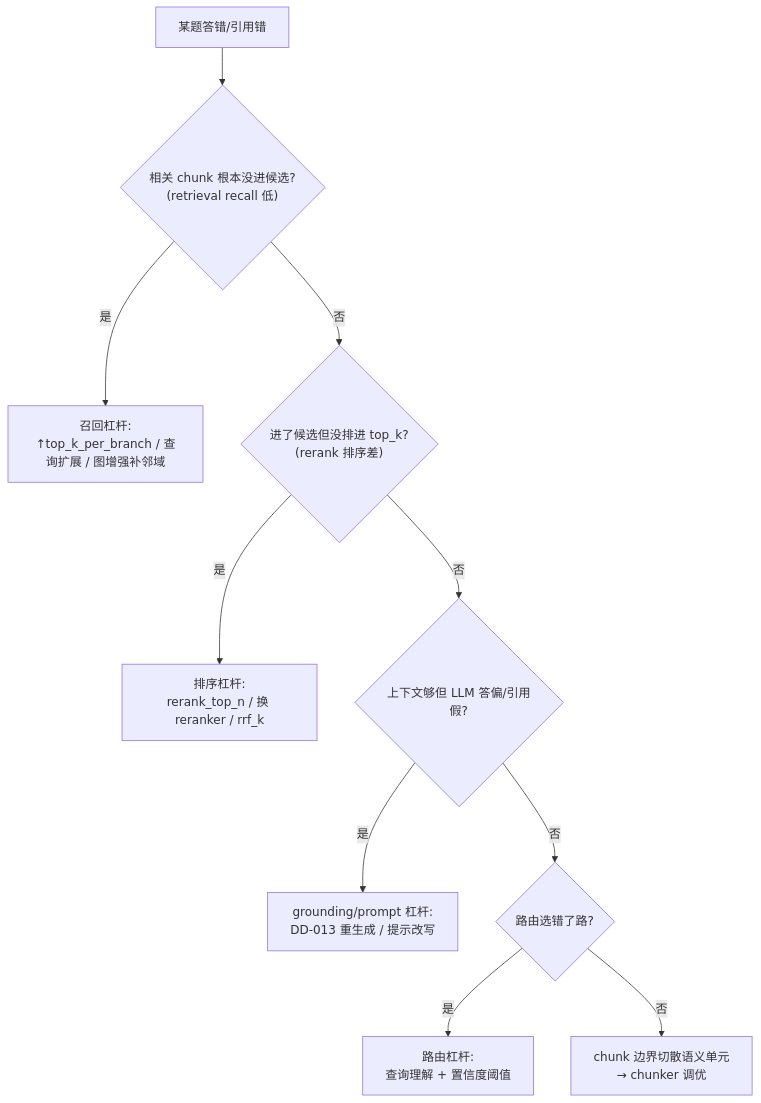
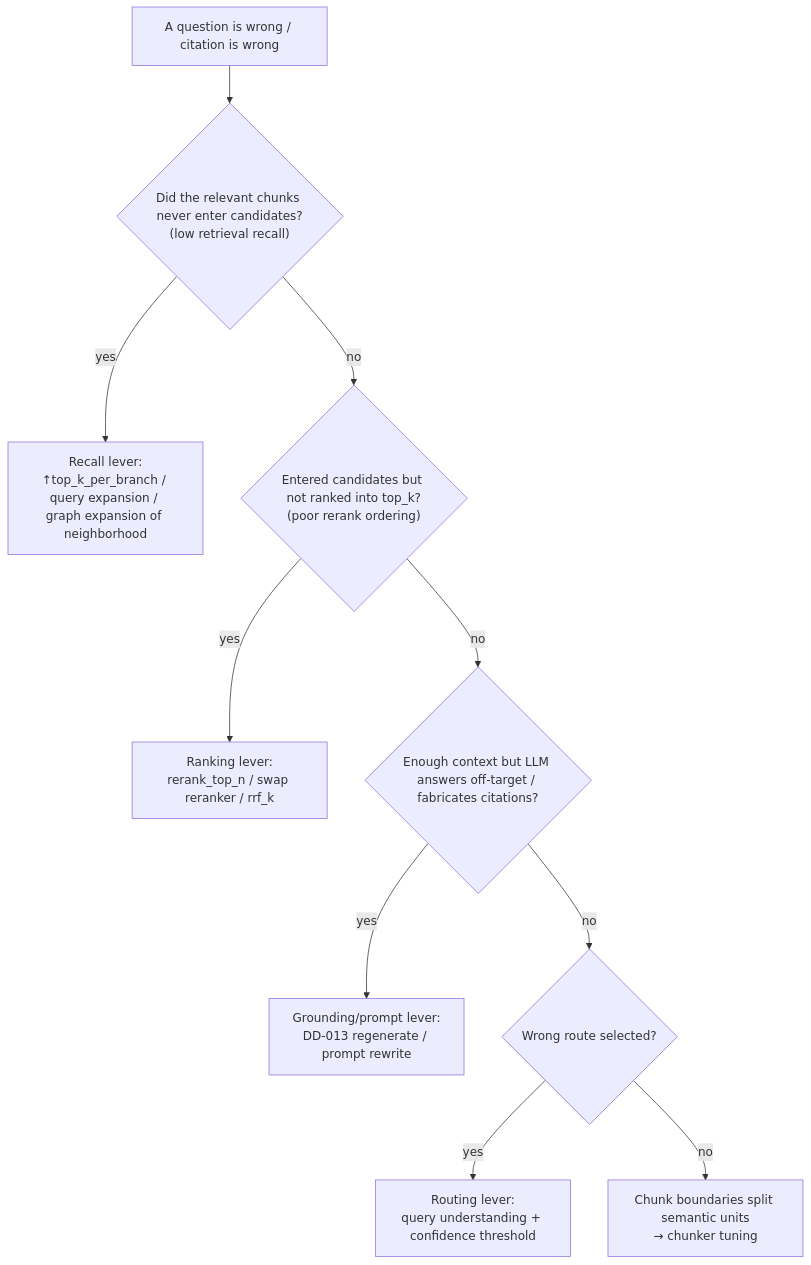
Before and after one commit to AndyUneducated/repo-sage: the third of 3 diagrams in docs/plans/phase-8-retrieval-quality.md, drawn with Mermaid. The commit also changed other lines of this file and 14 other files, not shown here.

````diff
--- a/docs/plans/phase-8-retrieval-quality.md
+++ b/docs/plans/phase-8-retrieval-quality.md
@@ -100,12 +100,12 @@
 ```mermaid
 flowchart TD
-  FAIL["某题答错/引用错"] --> D1{"相关 chunk 根本没进候选?<br>(retrieval recall 低)"}
-  D1 -- 是 --> L1["召回杠杆:<br/>↑top_k_per_branch / 查询扩展 / 图增强补邻域"]
-  D1 -- 否 --> D2{"进了候选但没排进 top_k?<br/>(rerank 排序差)"}
-  D2 -- 是 --> L2["排序杠杆:<br/>rerank_top_n / 换 reranker / rrf_k"]
-  D2 -- 否 --> D3{"上下文够但 LLM 答偏/引用假?"}
-  D3 -- 是 --> L3["grounding/prompt 杠杆:<br/>DD-013 重生成 / 提示改写"]
-  D3 -- 否 --> D4{"路由选错了路?"}
-  D4 -- 是 --> L4["路由杠杆:<br/>查询理解 + 置信度阈值"]
-  D4 -- 否 --> D5["chunk 边界切散语义单元<br/>→ chunker 调优"]
+  FAIL["A question is wrong / citation is wrong"] --> D1{"Did the relevant chunks never enter candidates?<br/>(low retrieval recall)"}
+  D1 -- yes --> L1["Recall lever:<br/>↑top_k_per_branch / query expansion / graph expansion of neighborhood"]
+  D1 -- no --> D2{"Entered candidates but not ranked into top_k?<br/>(poor rerank ordering)"}
+  D2 -- yes --> L2["Ranking lever:<br/>rerank_top_n / swap reranker / rrf_k"]
+  D2 -- no --> D3{"Enough context but LLM answers off-target / fabricates citations?"}
+  D3 -- yes --> L3["Grounding/prompt lever:<br/>DD-013 regenerate / prompt rewrite"]
+  D3 -- no --> D4{"Wrong route selected?"}
+  D4 -- yes --> L4["Routing lever:<br/>query understanding + confidence threshold"]
+  D4 -- no --> D5["Chunk boundaries split semantic units<br/>→ chunker tuning"]
 ```
````
